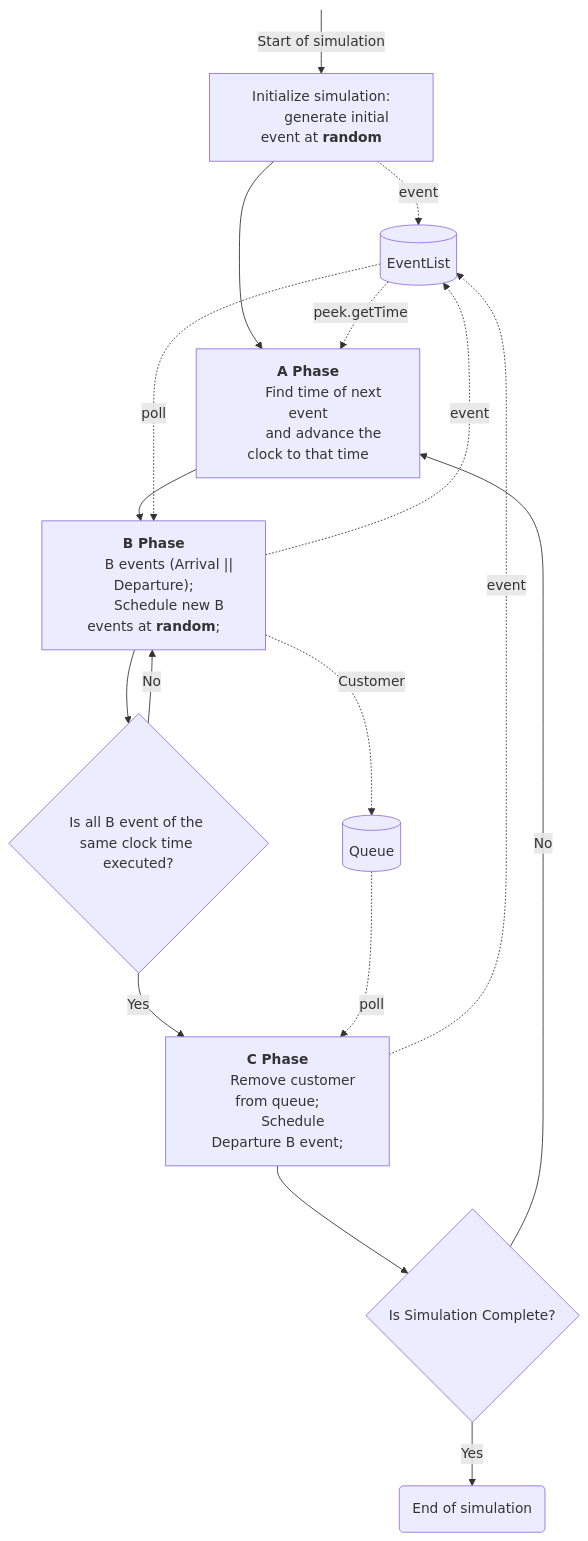
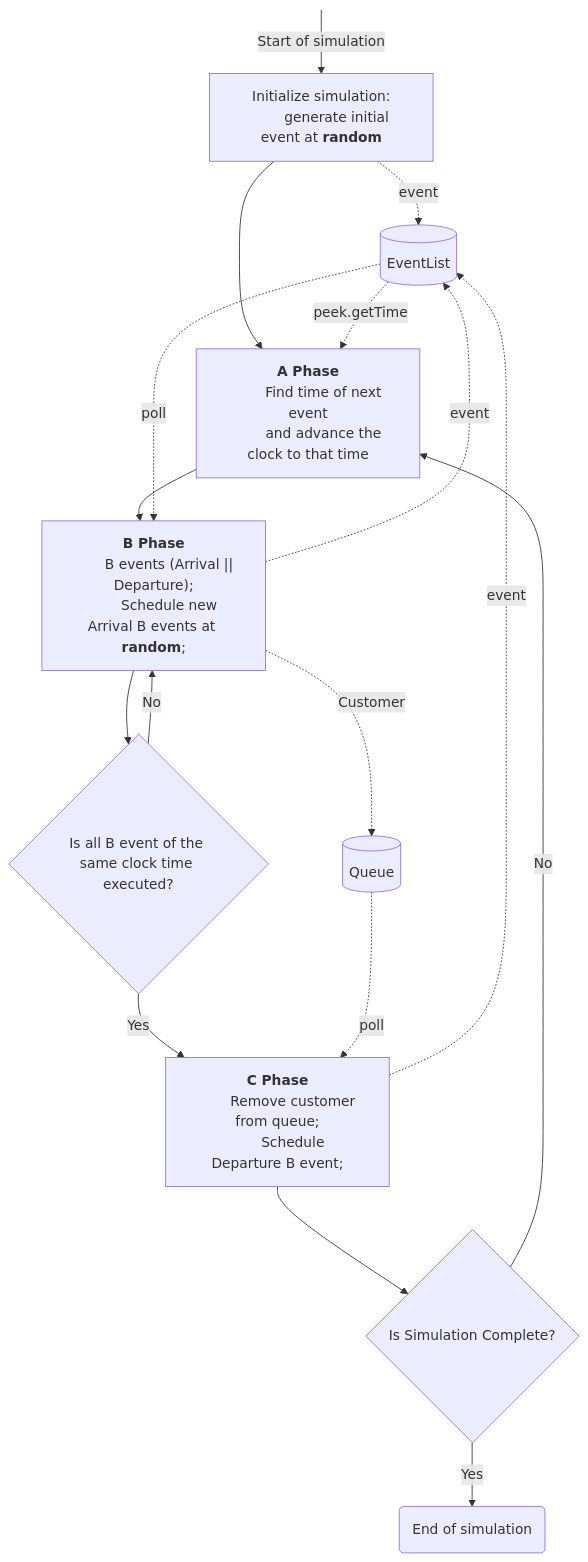
One commit to swostikl/Car-Garage-Simulation changed the second of 2 diagrams in README.md. Above: the diagram before and after it, drawn with Mermaid.

Commit message:
Update README to clarify scheduling of B events

````diff
--- a/README.md
+++ b/README.md
@@ -29,28 +29,28 @@
 ```mermaid
 flowchart TD
     start[" "] -- Start of simulation --> init["Initialize simulation:
         generate initial event at <b>random</b>"]
     init -. event .-> eventList[("EventList")]
     init --> A["<b>A Phase</b>
         Find time of next event
         and advance the clock to that time"]
     eventList -. "peek.getTime" .-> A
     A --> B["<b>B Phase</b>
         B events (Arrival || Departure);
-        Schedule new B events at <b>random</b>;"]
+        Schedule new Arrival B events at <b>random</b>;"]
     eventList -. poll .-> B
     B -. event .-> eventList
     B -. Customer .-> queue[("Queue")]
     B --> logic2{"Is all B event of the same clock time executed?"}
     logic2 -- Yes --> C["<b>C Phase</b>
         Remove customer from queue;
         Schedule Departure B event;"]
     logic2 -- No --> B
     queue -. poll .-> C
     C -. event .-> eventList
     C --> logic1{"Is Simulation Complete?"}
     logic1 -- Yes --> endofsim("End of simulation")
     logic1 -- No --> A
     
     style start height:0px
 ```
````
